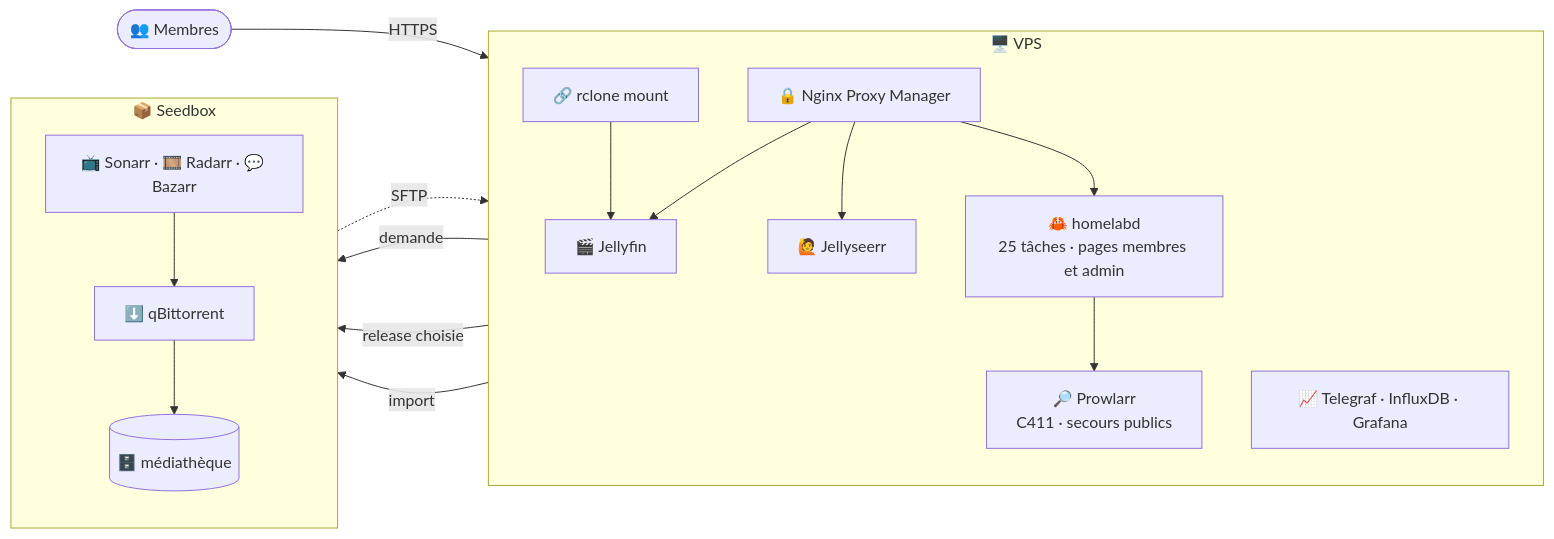
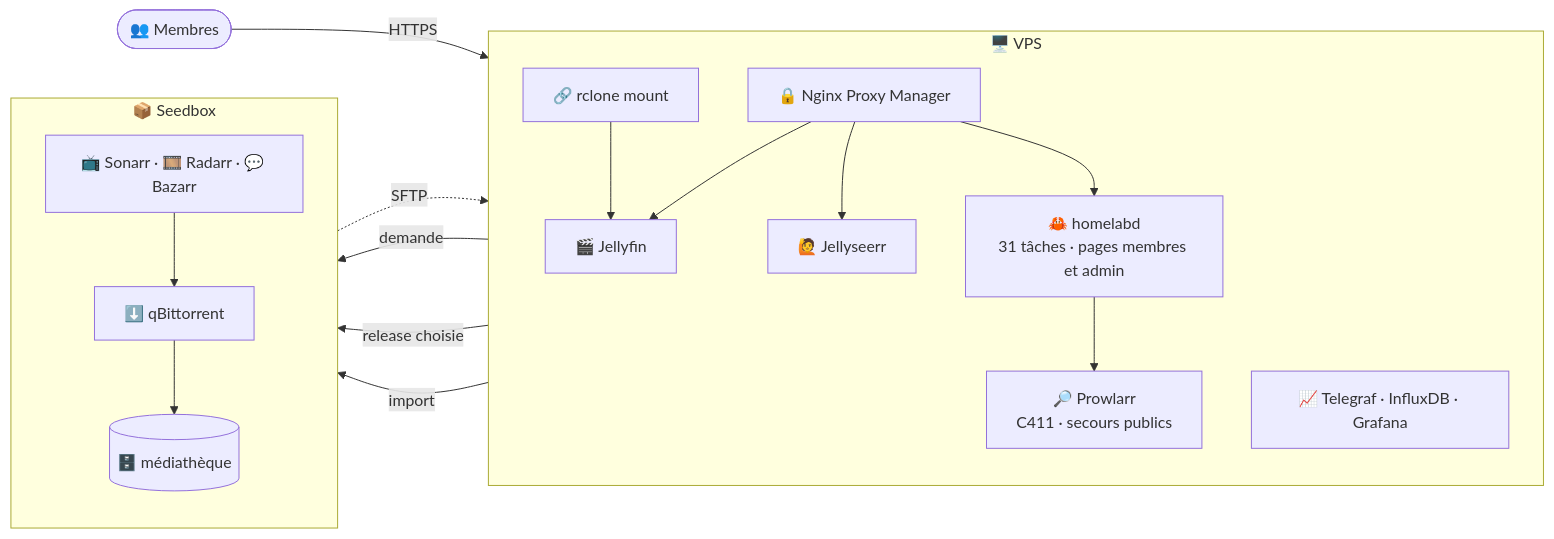
Before and after one commit to HaradasCYB/groscailloux-homelab: the diagram in README.md, drawn with Mermaid. The commit also changed other lines of this file and 9 other files, not shown here.

````diff
--- a/README.md
+++ b/README.md
@@ -70,27 +70,27 @@
 ```mermaid
 flowchart LR
   users([👥 Membres]) -- HTTPS --> npm
   subgraph VPS["🖥️ VPS"]
     direction TB
     npm[🔒 Nginx Proxy Manager]
     jellyfin[🎬 Jellyfin]
     seerr[🙋 Jellyseerr]
-    homelabd[🦀 homelabd<br/>25 tâches · pages membres et admin]
+    homelabd[🦀 homelabd<br/>31 tâches · pages membres et admin]
     prowlarr[🔎 Prowlarr<br/>C411 · secours publics]
     obs[📈 Telegraf · InfluxDB · Grafana]
     rclone[🔗 rclone mount]
     npm --> jellyfin & seerr & homelabd
     homelabd --> prowlarr
   end
   subgraph SB["📦 Seedbox"]
     direction TB
     arrs[📺 Sonarr · 🎞️ Radarr · 💬 Bazarr]
     qbit[⬇️ qBittorrent]
     media[(🗄️ médiathèque)]
     arrs --> qbit --> media
   end
   seerr -- demande --> arrs
   homelabd -- release choisie --> qbit
   homelabd -- import --> arrs
   media -. SFTP .-> rclone --> jellyfin
 ```
````
